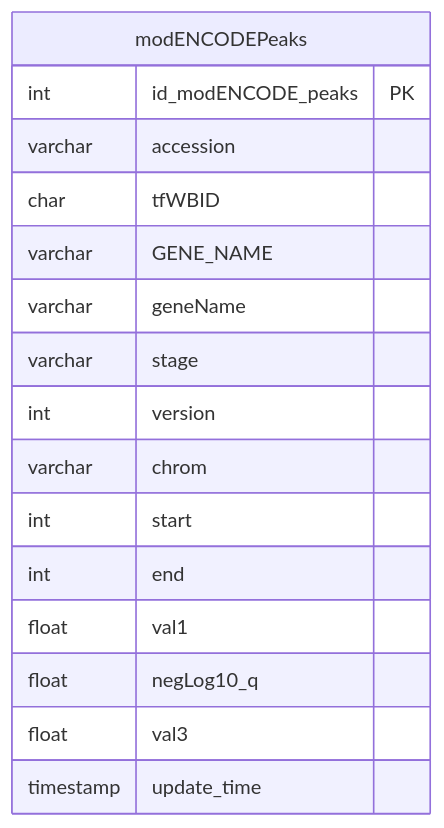
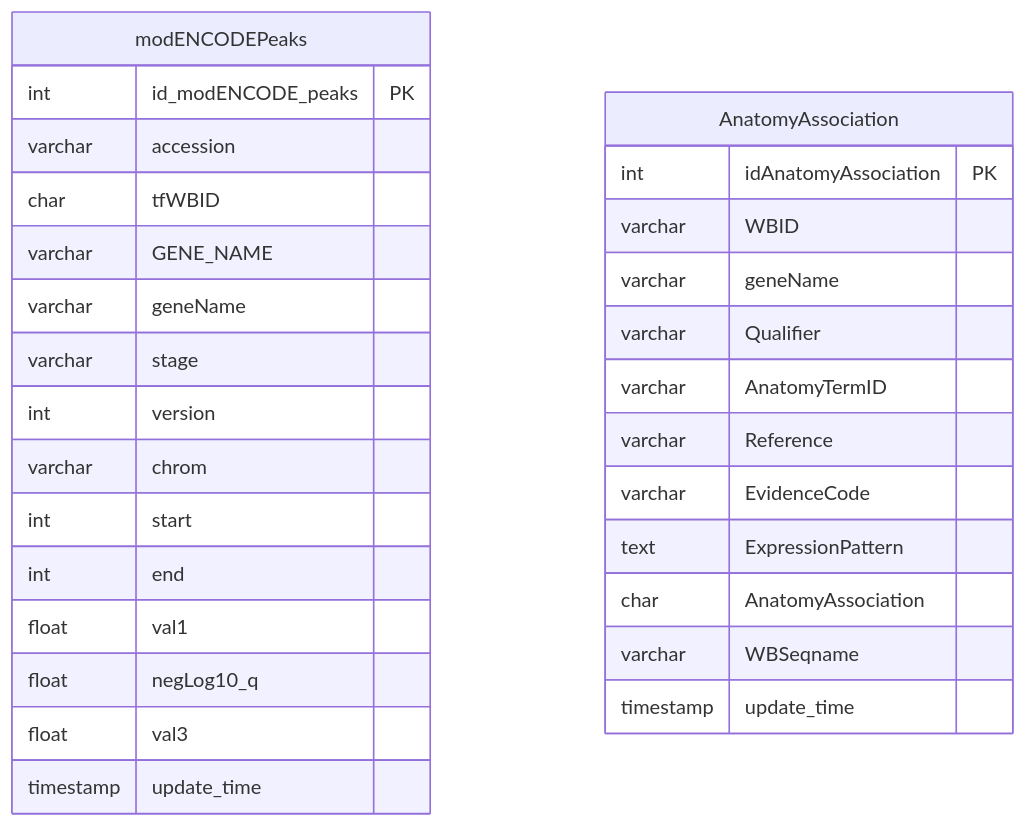
One commit to meekrob/OnishRDB changed the fourth of 4 diagrams in README.md. Above: the diagram before and after it, drawn with Mermaid.

````diff
--- a/README.md
+++ b/README.md
@@ -271,22 +271,34 @@
 ```mermaid
 erDiagram
 
 modENCODEPeaks {
 int id_modENCODE_peaks PK
 varchar accession 
 char tfWBID 
 varchar GENE_NAME 
 varchar geneName 
 varchar stage 
 int version 
 varchar chrom 
 int start 
 int end 
 float val1 
 float negLog10_q 
 float val3 
 timestamp update_time 
 }
 
-
+AnatomyAssociation {
+int idAnatomyAssociation PK
+varchar WBID 
+varchar geneName 
+varchar Qualifier 
+varchar AnatomyTermID 
+varchar Reference 
+varchar EvidenceCode 
+text ExpressionPattern 
+char AnatomyAssociation 
+varchar WBSeqname 
+timestamp update_time 
+}
 ```
````
